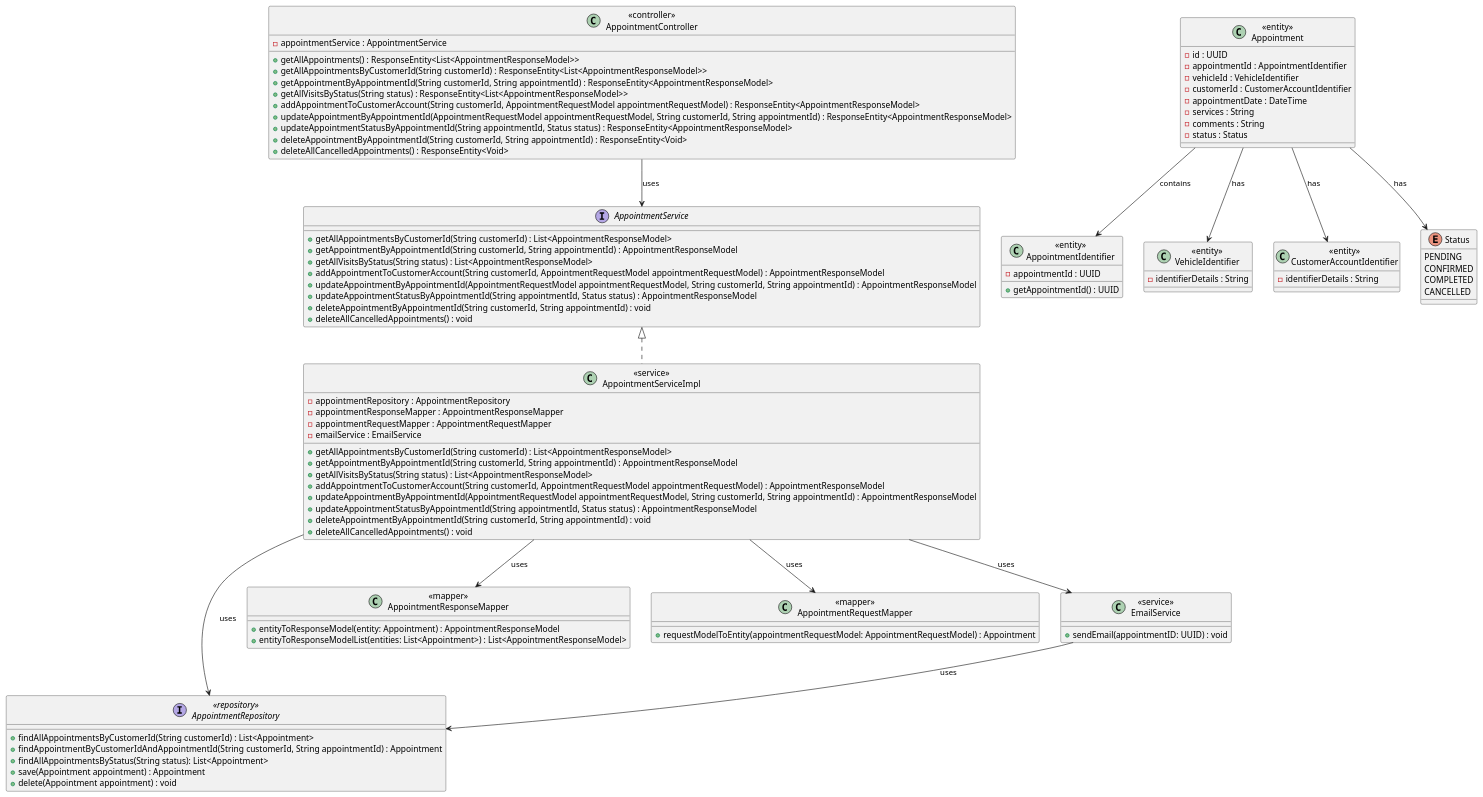
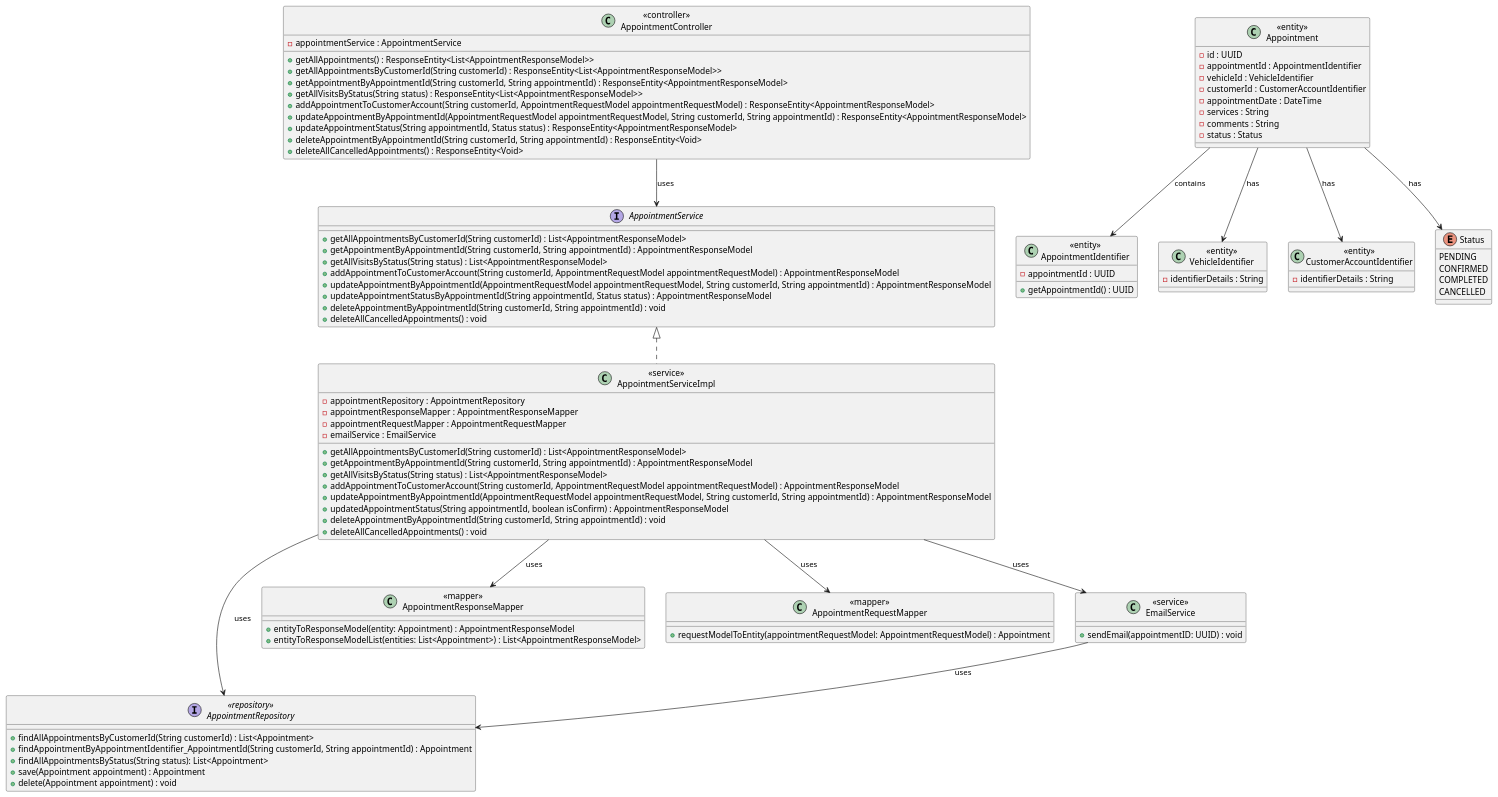
The diagram in diagrams/design class diagrams/AppointmentsDesignLevelClassDiagram.puml (Iantomasi/ateliermecanique-ws), drawn with PlantUML before and after one commit. The commit also changed 5 other files, not shown here.

```diff
--- a/diagrams/design class diagrams/AppointmentsDesignLevelClassDiagram.puml
+++ b/diagrams/design class diagrams/AppointmentsDesignLevelClassDiagram.puml
@@ -1,127 +1,127 @@
 @startuml
 skinparam class {
     BackgroundColor<<entity>> Wheat
     BackgroundColor<<controller>> LightSkyBlue
     BackgroundColor<<service>> LightGreen
     BackgroundColor<<repository>> LightCoral
     BackgroundColor<<mapper>> Khaki
 }
 
 ' AppointmentController
 class "<<controller>>\nAppointmentController" as appointmentController {
     - appointmentService : AppointmentService
     + getAllAppointments() : ResponseEntity<List<AppointmentResponseModel>>
     + getAllAppointmentsByCustomerId(String customerId) : ResponseEntity<List<AppointmentResponseModel>>
     + getAppointmentByAppointmentId(String customerId, String appointmentId) : ResponseEntity<AppointmentResponseModel>
     + getAllVisitsByStatus(String status) : ResponseEntity<List<AppointmentResponseModel>>
     + addAppointmentToCustomerAccount(String customerId, AppointmentRequestModel appointmentRequestModel) : ResponseEntity<AppointmentResponseModel>
     + updateAppointmentByAppointmentId(AppointmentRequestModel appointmentRequestModel, String customerId, String appointmentId) : ResponseEntity<AppointmentResponseModel>
-    + updateAppointmentStatusByAppointmentId(String appointmentId, Status status) : ResponseEntity<AppointmentResponseModel>
+    + updateAppointmentStatus(String appointmentId, Status status) : ResponseEntity<AppointmentResponseModel>
     + deleteAppointmentByAppointmentId(String customerId, String appointmentId) : ResponseEntity<Void>
     + deleteAllCancelledAppointments() : ResponseEntity<Void>
 }
 
 ' AppointmentService interface
 interface "AppointmentService" as appointmentService {
     + getAllAppointmentsByCustomerId(String customerId) : List<AppointmentResponseModel>
     + getAppointmentByAppointmentId(String customerId, String appointmentId) : AppointmentResponseModel
     + getAllVisitsByStatus(String status) : List<AppointmentResponseModel>
     + addAppointmentToCustomerAccount(String customerId, AppointmentRequestModel appointmentRequestModel) : AppointmentResponseModel
     + updateAppointmentByAppointmentId(AppointmentRequestModel appointmentRequestModel, String customerId, String appointmentId) : AppointmentResponseModel
     + updateAppointmentStatusByAppointmentId(String appointmentId, Status status) : AppointmentResponseModel
     + deleteAppointmentByAppointmentId(String customerId, String appointmentId) : void
     + deleteAllCancelledAppointments() : void
 
 }
 
 ' AppointmentServiceImpl class
 class "<<service>>\nAppointmentServiceImpl" as appointmentServiceImpl {
     - appointmentRepository : AppointmentRepository
     - appointmentResponseMapper : AppointmentResponseMapper
     - appointmentRequestMapper : AppointmentRequestMapper
     - emailService : EmailService
     + getAllAppointmentsByCustomerId(String customerId) : List<AppointmentResponseModel>
     + getAppointmentByAppointmentId(String customerId, String appointmentId) : AppointmentResponseModel
     + getAllVisitsByStatus(String status) : List<AppointmentResponseModel>
     + addAppointmentToCustomerAccount(String customerId, AppointmentRequestModel appointmentRequestModel) : AppointmentResponseModel
     + updateAppointmentByAppointmentId(AppointmentRequestModel appointmentRequestModel, String customerId, String appointmentId) : AppointmentResponseModel
-    + updateAppointmentStatusByAppointmentId(String appointmentId, Status status) : AppointmentResponseModel
+    + updatedAppointmentStatus(String appointmentId, boolean isConfirm) : AppointmentResponseModel
     + deleteAppointmentByAppointmentId(String customerId, String appointmentId) : void
     + deleteAllCancelledAppointments() : void
 }
 appointmentServiceImpl .up.|> appointmentService
 
 ' AppointmentRepository interface
 interface "<<repository>>\nAppointmentRepository" as appointmentRepository {
     + findAllAppointmentsByCustomerId(String customerId) : List<Appointment>
-    + findAppointmentByCustomerIdAndAppointmentId(String customerId, String appointmentId) : Appointment
+    + findAppointmentByAppointmentIdentifier_AppointmentId(String customerId, String appointmentId) : Appointment
     + findAllAppointmentsByStatus(String status): List<Appointment>
     + save(Appointment appointment) : Appointment
     + delete(Appointment appointment) : void
 }
 
 ' AppointmentResponseMapper class
 class "<<mapper>>\nAppointmentResponseMapper" as appointmentResponseMapper {
     + entityToResponseModel(entity: Appointment) : AppointmentResponseModel
     + entityToResponseModelList(entities: List<Appointment>) : List<AppointmentResponseModel>
 }
 
 ' AppointmentRequestMapper class
 class "<<mapper>>\nAppointmentRequestMapper" as appointmentRequestMapper {
     + requestModelToEntity(appointmentRequestModel: AppointmentRequestModel) : Appointment
 }
 
 ' Appointment class
 class "<<entity>>\nAppointment" as appointment {
     - id : UUID
     - appointmentId : AppointmentIdentifier
     - vehicleId : VehicleIdentifier
     - customerId : CustomerAccountIdentifier
     - appointmentDate : DateTime
     - services : String
     - comments : String
     - status : Status
 }
 
 ' AppointmentIdentifier class
 class "<<entity>>\nAppointmentIdentifier" as appointmentIdentifier {
     - appointmentId : UUID
     + getAppointmentId() : UUID
 }
 
 ' VehicleIdentifier class
 class "<<entity>>\nVehicleIdentifier" as vehicleIdentifier {
     - identifierDetails : String
 }
 
 ' ClientIdentifier class
 class "<<entity>>\nCustomerAccountIdentifier" as customerAccountIdentifier {
     - identifierDetails : String
 }
 
 ' Status enum
 enum "Status" as status {
     PENDING
     CONFIRMED
     COMPLETED
     CANCELLED
 }
 
 ' EmailService for managing email-related functionalities
 class "<<service>>\nEmailService" as emailService {
     + sendEmail(appointmentID: UUID) : void
 }
 
 ' Appointment Relationships
 appointmentController --> appointmentService : uses
 appointmentServiceImpl --> appointmentRepository : uses
 appointmentServiceImpl --> appointmentResponseMapper : uses
 appointmentServiceImpl --> appointmentRequestMapper : uses
 appointmentServiceImpl --> emailService : uses
 appointment --> appointmentIdentifier : contains
 appointment --> vehicleIdentifier : has
 appointment --> customerAccountIdentifier : has
 appointment --> status : has
 emailService --> appointmentRepository : uses
 
 @enduml
```
